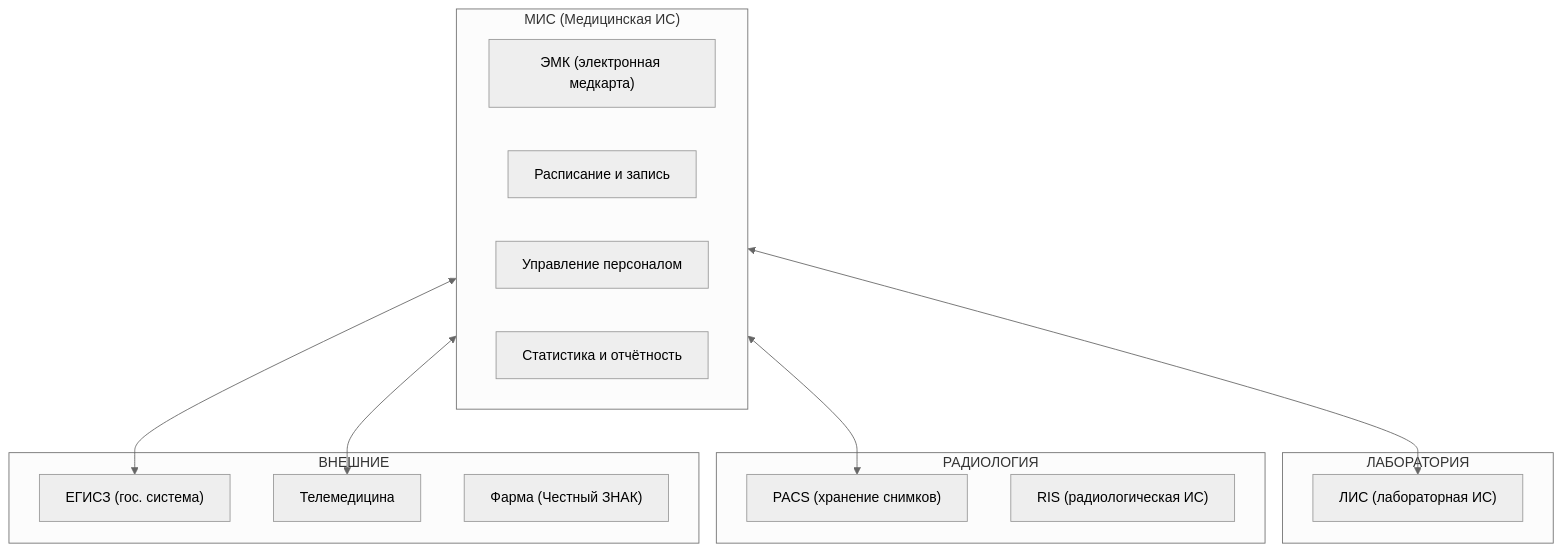
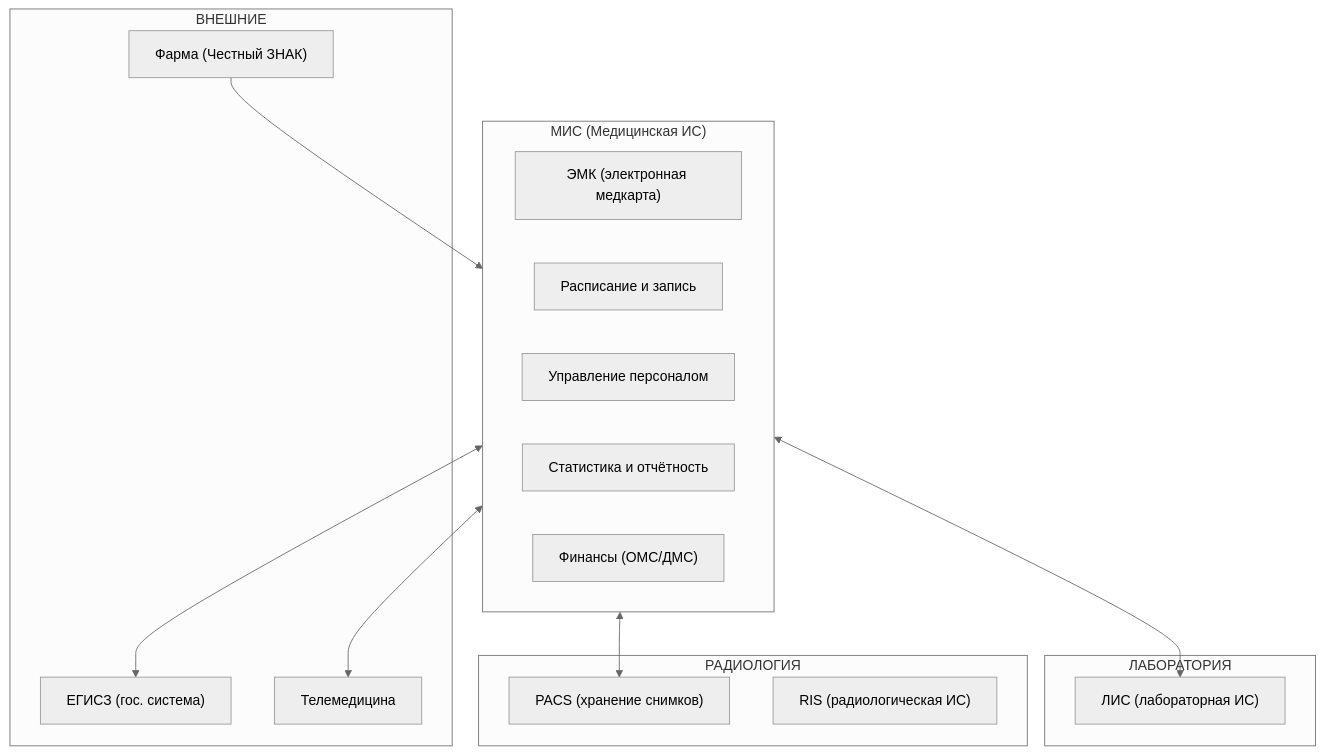
The first of 2 diagrams in docs/specialization/medtech-path.md (sergeyodnoval-bot/sysanalyst-kb.github.io), drawn with Mermaid (neutral theme) before and after one commit. The commit also changed other lines of this file and 13 other files, not shown here.

````diff
--- a/docs/specialization/medtech-path.md
+++ b/docs/specialization/medtech-path.md
@@ -33,25 +57,27 @@
 ```mermaid
 flowchart TD
     subgraph MIS["МИС (Медицинская ИС)"]
         EMR["ЭМК (электронная медкарта)"]
         REG["Расписание и запись"]
         STAFF["Управление персоналом"]
         STAT["Статистика и отчётность"]
+        FIN["Финансы (ОМС/ДМС)"]
     end
     subgraph LAB["ЛАБОРАТОРИЯ"]
         LIS["ЛИС (лабораторная ИС)"]
     end
     subgraph RAD["РАДИОЛОГИЯ"]
         PACS["PACS (хранение снимков)"]
         RIS["RIS (радиологическая ИС)"]
     end
     subgraph EXT["ВНЕШНИЕ"]
         EGISZ["ЕГИСЗ (гос. система)"]
         TM["Телемедицина"]
         PHARM["Фарма (Честный ЗНАК)"]
     end
     MIS <--> LIS
     MIS <--> PACS
     MIS <--> EGISZ
     MIS <--> TM
+    PHARM --> MIS
 ```
````
